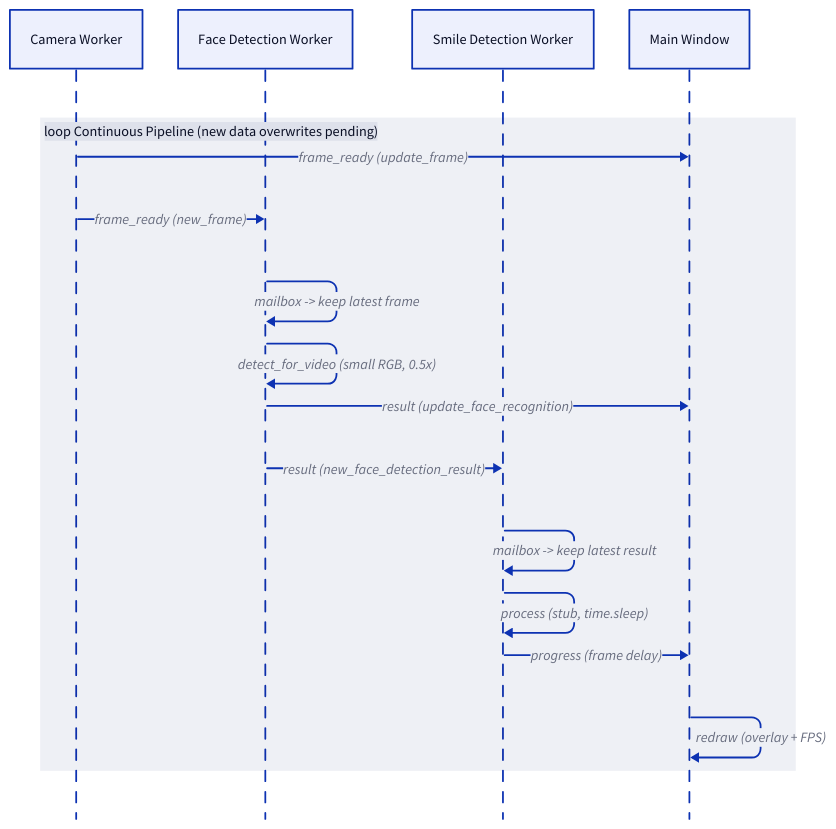
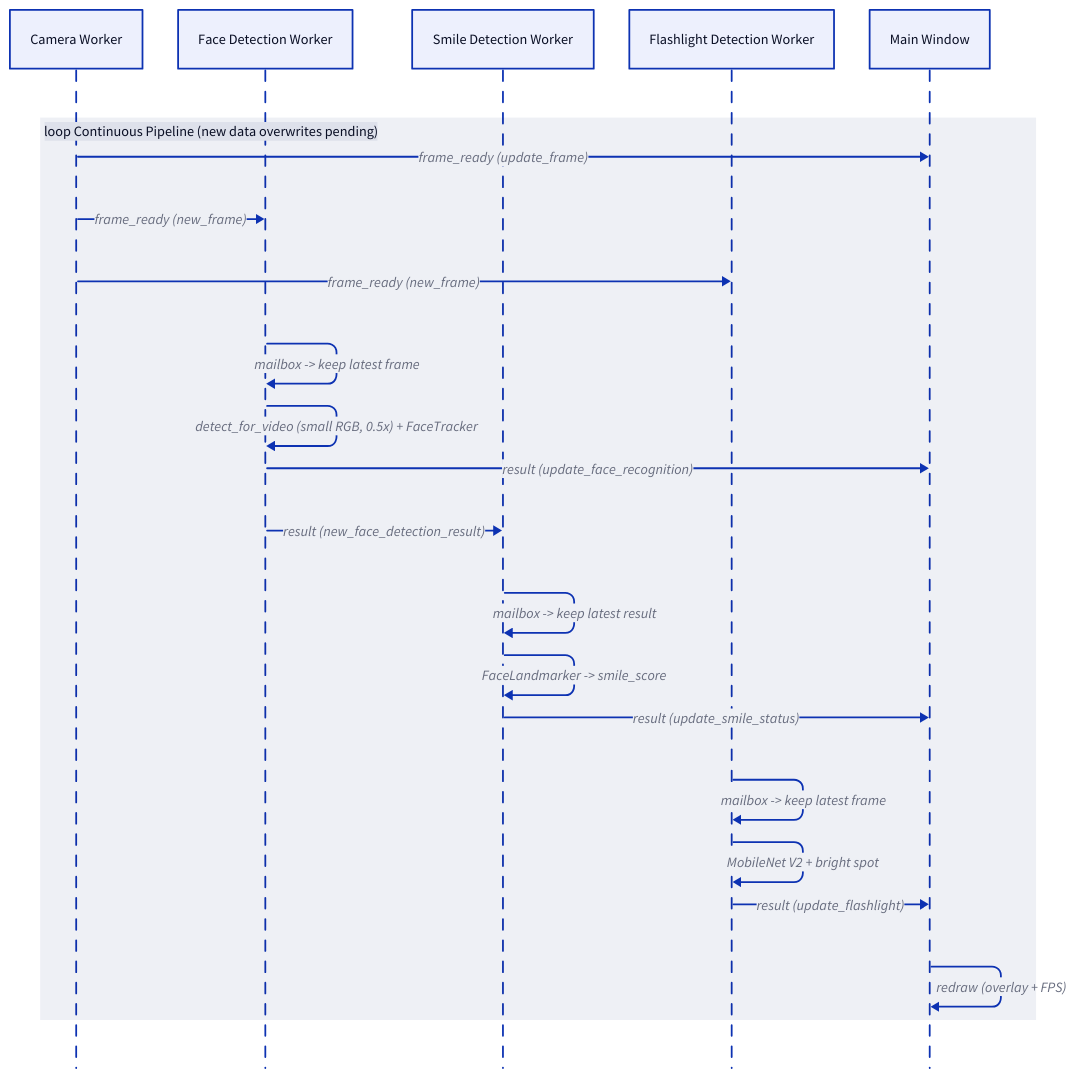
One commit to dmi3s/smile changed the diagram in docs/workflow.d2. Above: the diagram before and after it, drawn with D2. The commit also changed 11 other files, not shown here.

Commit message:
DOC: docs/ARCHITECTURE.md + Typst/D2 — four threads, tracking, flashlight

```diff
--- a/docs/workflow.d2
+++ b/docs/workflow.d2
@@ -1,19 +1,24 @@
 #direction: right
 shape: sequence_diagram
 cw: Camera Worker
 fw: Face Detection Worker
 sw: Smile Detection Worker
+fw2: Flashlight Detection Worker
 gui: Main Window
 
 loop Continuous Pipeline (new data overwrites pending) {
     cw -> gui: frame_ready (update_frame)
     cw -> fw: frame_ready (new_frame)
+    cw -> fw2: frame_ready (new_frame)
     fw -> fw: mailbox -> keep latest frame
-    fw -> fw: detect_for_video (small RGB, 0.5x)
+    fw -> fw: detect_for_video (small RGB, 0.5x) + FaceTracker
     fw -> gui: result (update_face_recognition)
     fw -> sw: result (new_face_detection_result)
     sw -> sw: mailbox -> keep latest result
-    sw -> sw: process (stub, time.sleep)
-    sw -> gui: progress (frame delay)
+    sw -> sw: FaceLandmarker -> smile_score
+    sw -> gui: result (update_smile_status)
+    fw2 -> fw2: mailbox -> keep latest frame
+    fw2 -> fw2: MobileNet V2 + bright spot
+    fw2 -> gui: result (update_flashlight)
     gui -> gui: redraw (overlay + FPS)
 }
```
